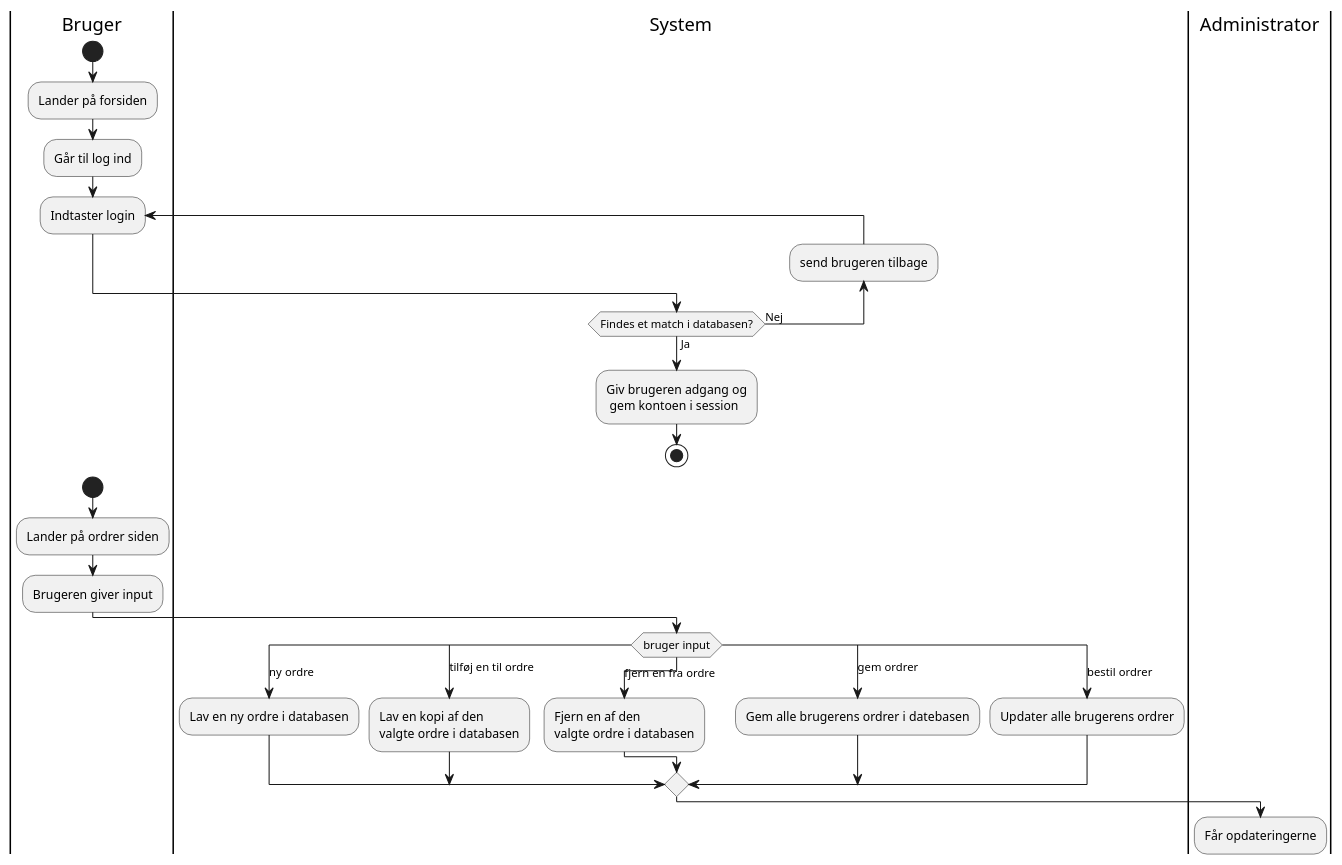
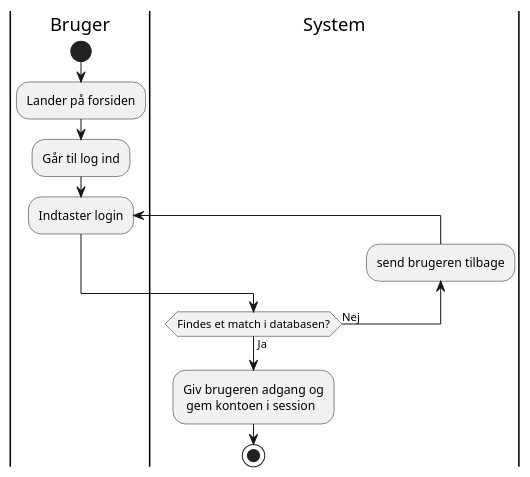
The diagram in documentation/Aktivitetsdiagram.puml (DeRp-DaWg/CupcakeProjekt), drawn with PlantUML before and after one commit. The commit also changed 2 other files, not shown here.

```diff
--- a/documentation/Aktivitetsdiagram.puml
+++ b/documentation/Aktivitetsdiagram.puml
@@ -1,36 +1,17 @@
 @startuml
 'https://plantuml.com/activity-diagram-beta
 
 |Bruger|
 start
 :Lander på forsiden;
 :Går til log ind;
 repeat :Indtaster login;
 |System|
 backward :send brugeren tilbage;
 repeat while (Findes et match i databasen?) is (Nej) not (Ja)
 :Giv brugeren adgang og
  gem kontoen i session;
 stop
-|Bruger|
-start
-:Lander på ordrer siden;
-:Brugeren giver input;
-|System|
-switch (bruger input)
-case (ny ordre)
-    :Lav en ny ordre i databasen;
-case (tilføj en til ordre)
-    :Lav en kopi af den
-    valgte ordre i databasen;
-case (fjern en fra ordre)
-    :Fjern en af den
-    valgte ordre i databasen;
-case (gem ordrer)
-    :Gem alle brugerens ordrer i datebasen;
-case (bestil ordrer)
-    :Updater alle brugerens ordrer;
-|Administrator|
-endswitch
-:Får opdateringerne;
+
+
 @enduml
```
